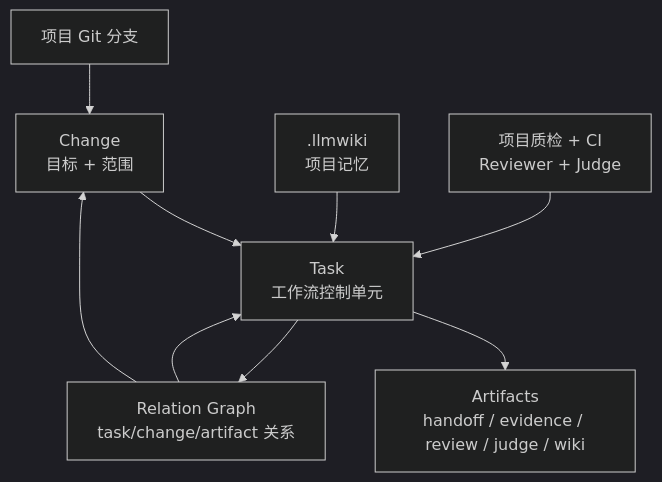
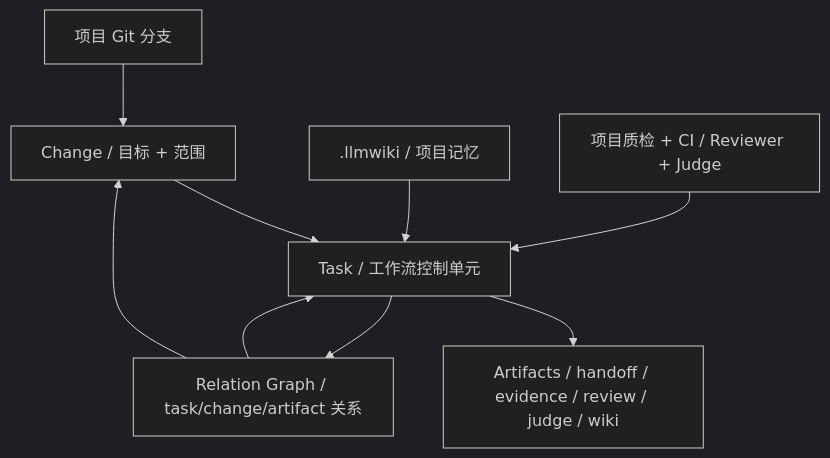
Before and after one commit to geebytes/kata: the first of 6 diagrams in README_ZH.md, drawn with Mermaid (dark theme). The commit also changed other lines of this file and 1 other file, not shown here.

Commit message:
docs: fix mermaid diagrams — replace br tags with plain text separators

````diff
--- a/README_ZH.md
+++ b/README_ZH.md
@@ -59,11 +59,11 @@
 ```mermaid
 flowchart TD
-    P["项目 Git 分支"] --> C["Change<br/>目标 + 范围"]
-    C --> T["Task<br/>工作流控制单元"]
-    T --> A["Artifacts<br/>handoff / evidence / review / judge / wiki"]
-    RG["Relation Graph<br/>task/change/artifact 关系"] --> C
+    P["项目 Git 分支"] --> C["Change / 目标 + 范围"]
+    C --> T["Task / 工作流控制单元"]
+    T --> A["Artifacts / handoff / evidence / review / judge / wiki"]
+    RG["Relation Graph / task/change/artifact 关系"] --> C
     RG --> T
-    W[".llmwiki<br/>项目记忆"] --> T
-    Q["项目质检 + CI<br/>Reviewer + Judge"] --> T
+    W[".llmwiki / 项目记忆"] --> T
+    Q["项目质检 + CI / Reviewer + Judge"] --> T
     T --> RG
 ```
````
